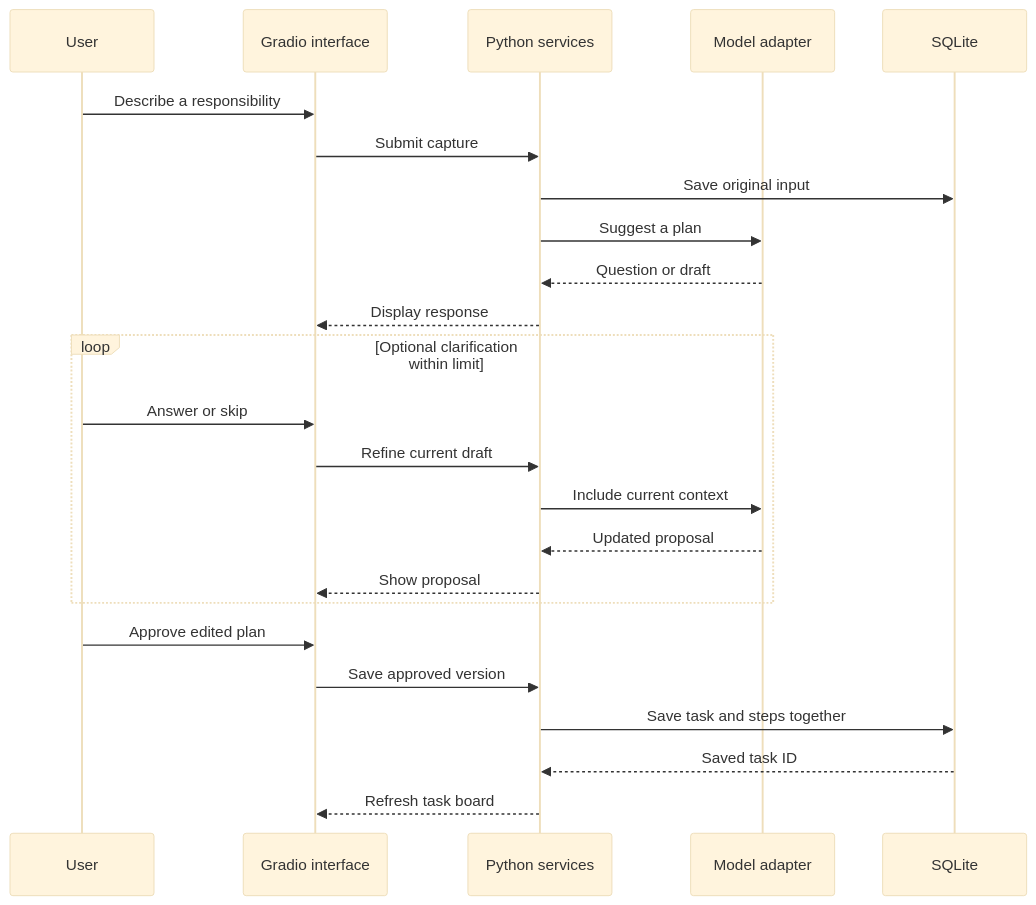
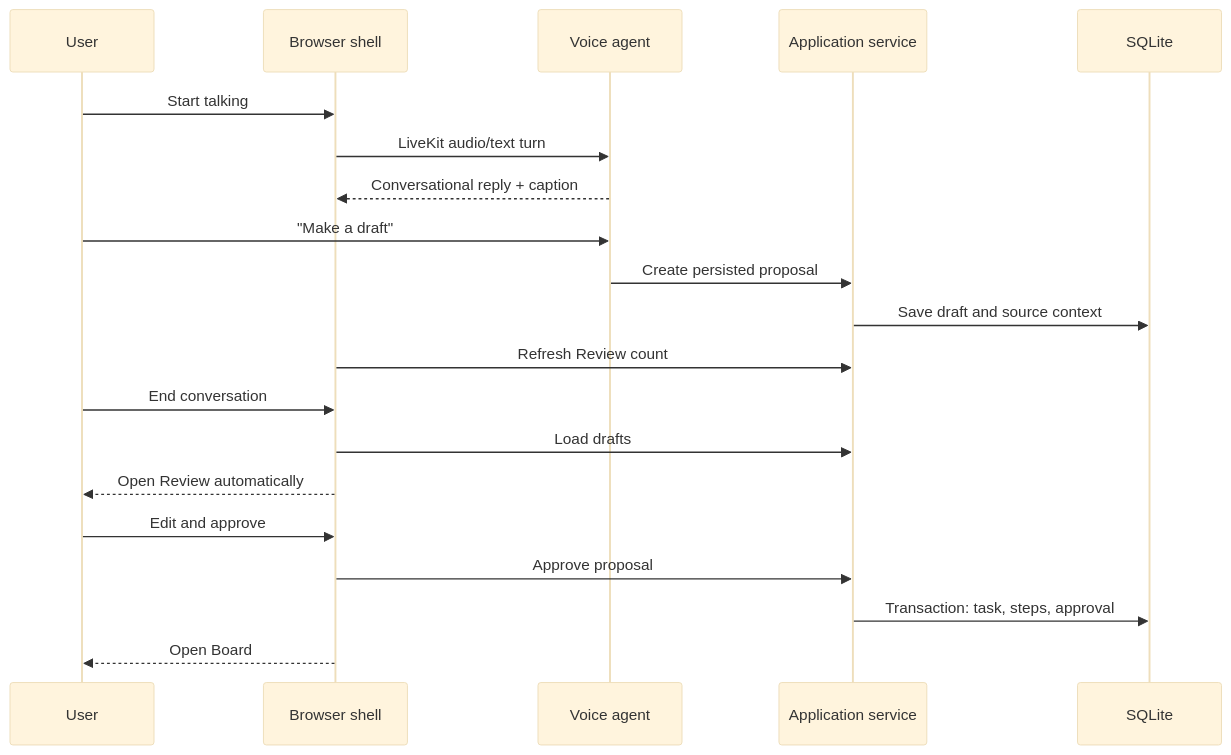
One commit to pranavteja/loose-ends changed the second of 2 diagrams in docs/architecture.md. Above: the diagram before and after it, drawn with Mermaid (base theme). The commit also changed other lines of this file and 25 other files, not shown here.

````diff
--- a/docs/architecture.md
+++ b/docs/architecture.md
@@ -37,26 +27,22 @@
 ```mermaid
 sequenceDiagram
     participant U as User
-    participant UI as Gradio interface
-    participant S as Python services
-    participant M as Model adapter
+    participant UI as Browser shell
+    participant V as Voice agent
+    participant S as Application service
     participant D as SQLite
-    U->>UI: Describe a responsibility
-    UI->>S: Submit capture
-    S->>D: Save original input
-    S->>M: Suggest a plan
-    M-->>S: Question or draft
-    S-->>UI: Display response
-    loop Optional clarification within limit
-        U->>UI: Answer or skip
-        UI->>S: Refine current draft
-        S->>M: Include current context
-        M-->>S: Updated proposal
-        S-->>UI: Show proposal
-    end
-    U->>UI: Approve edited plan
-    UI->>S: Save approved version
-    S->>D: Save task and steps together
-    D-->>S: Saved task ID
-    S-->>UI: Refresh task board
+    U->>UI: Start talking
+    UI->>V: LiveKit audio/text turn
+    V-->>UI: Conversational reply + caption
+    U->>V: "Make a draft"
+    V->>S: Create persisted proposal
+    S->>D: Save draft and source context
+    UI->>S: Refresh Review count
+    U->>UI: End conversation
+    UI->>S: Load drafts
+    UI-->>U: Open Review automatically
+    U->>UI: Edit and approve
+    UI->>S: Approve proposal
+    S->>D: Transaction: task, steps, approval
+    UI-->>U: Open Board
 ```
````
